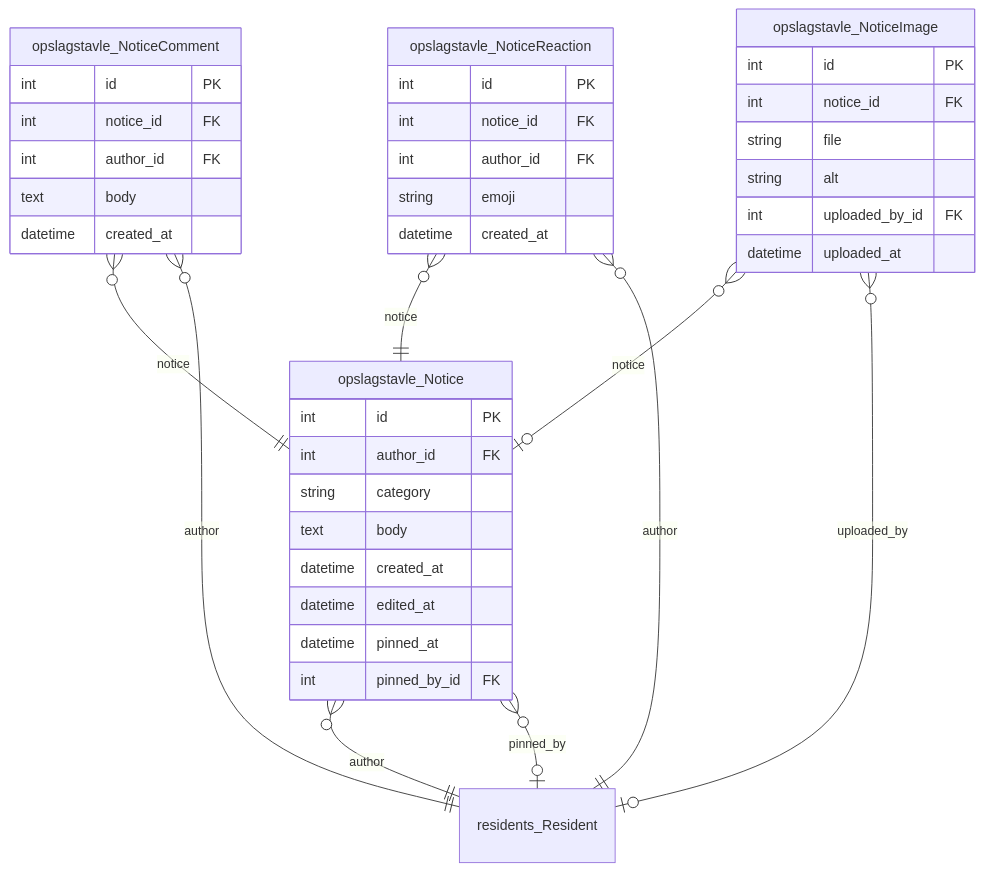
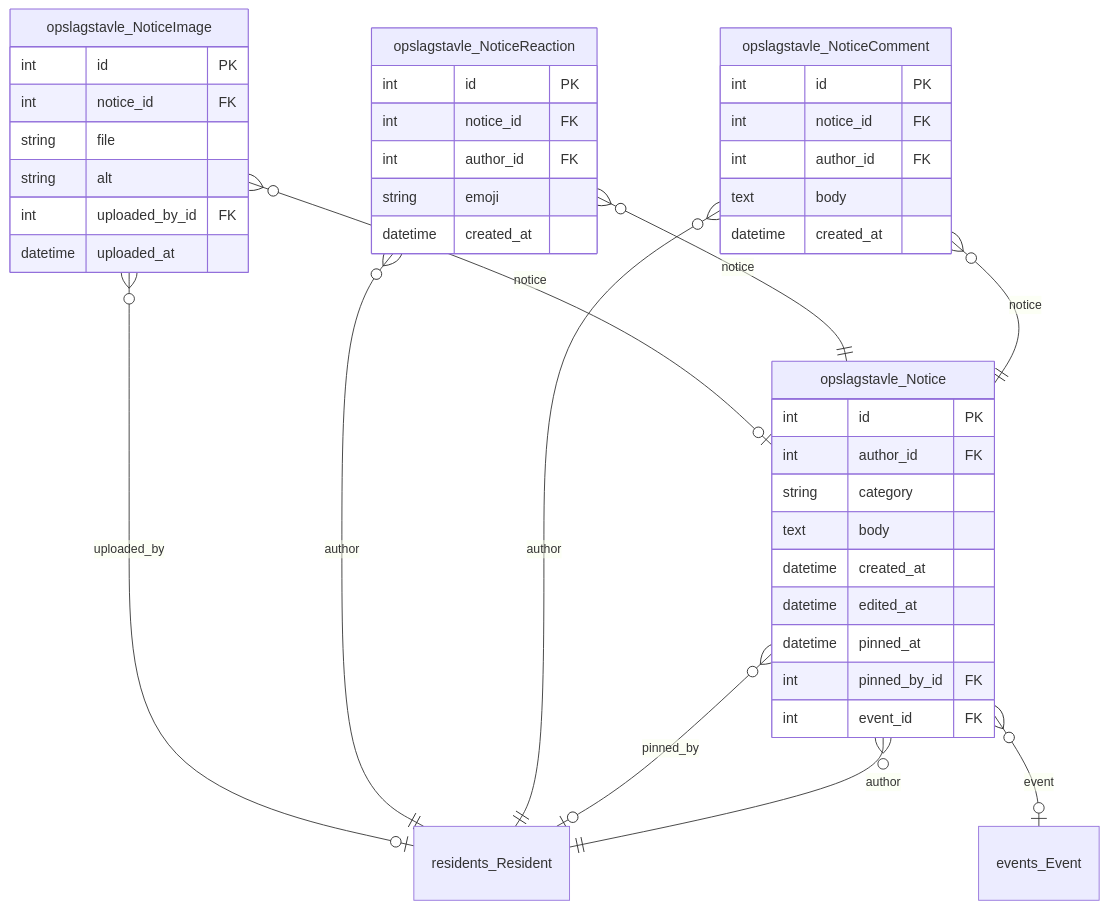
Before and after one commit to G-A-Hagemanns-Kollegium/ny_ny_intern: the ninth of 12 diagrams in docs/erd.md, drawn with Mermaid. The commit also changed other lines of this file and 58 other files, not shown here.

````diff
--- a/docs/erd.md
+++ b/docs/erd.md
@@ -763,49 +883,53 @@
 ```mermaid
 erDiagram
     opslagstavle_Notice {
         int id PK
         int author_id FK
         string category
         text body
         datetime created_at
         datetime edited_at
         datetime pinned_at
         int pinned_by_id FK
+        int event_id FK
     }
 
     opslagstavle_NoticeComment {
         int id PK
         int notice_id FK
         int author_id FK
         text body
         datetime created_at
     }
 
     opslagstavle_NoticeReaction {
         int id PK
         int notice_id FK
         int author_id FK
         string emoji
         datetime created_at
     }
 
     opslagstavle_NoticeImage {
         int id PK
         int notice_id FK
         string file
         string alt
         int uploaded_by_id FK
         datetime uploaded_at
     }
 
+    events_Event { }
+
     residents_Resident { }
 
     opslagstavle_Notice }o--|| residents_Resident : "author"
     opslagstavle_Notice }o--|o residents_Resident : "pinned_by"
+    opslagstavle_Notice }o--|o events_Event : "event"
     opslagstavle_NoticeComment }o--|| opslagstavle_Notice : "notice"
     opslagstavle_NoticeComment }o--|| residents_Resident : "author"
     opslagstavle_NoticeReaction }o--|| opslagstavle_Notice : "notice"
     opslagstavle_NoticeReaction }o--|| residents_Resident : "author"
     opslagstavle_NoticeImage }o--|o opslagstavle_Notice : "notice"
     opslagstavle_NoticeImage }o--|o residents_Resident : "uploaded_by"
 ```
````
